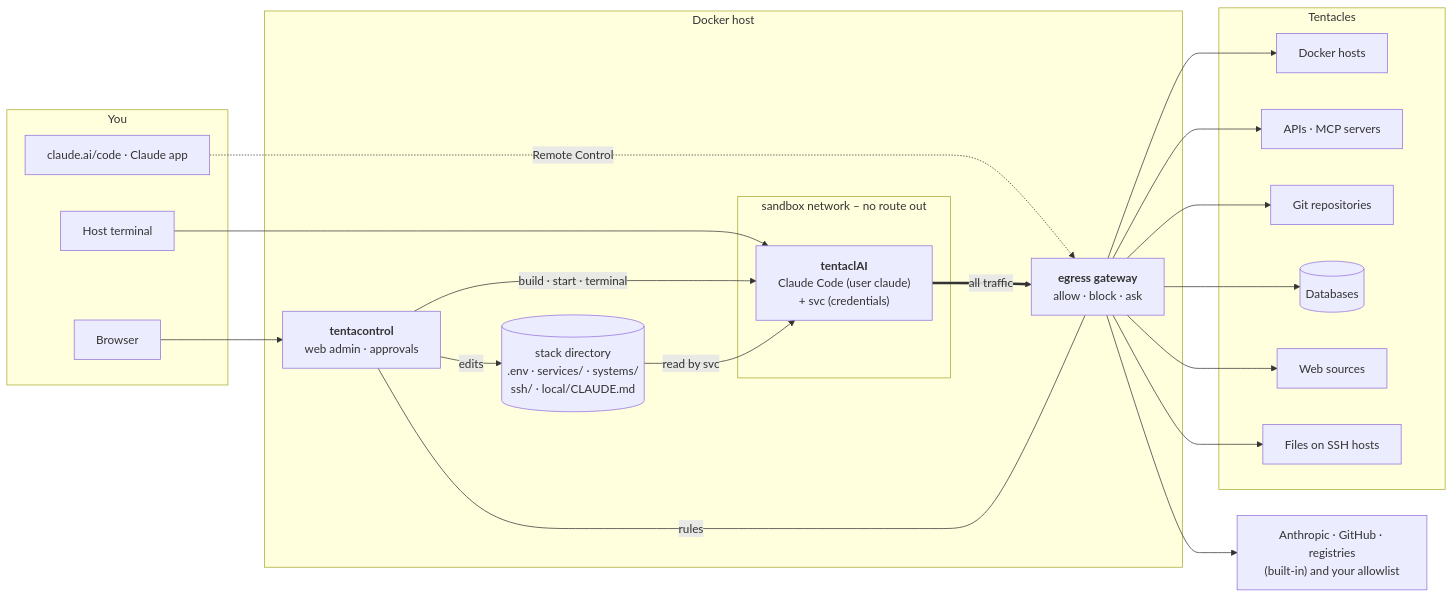
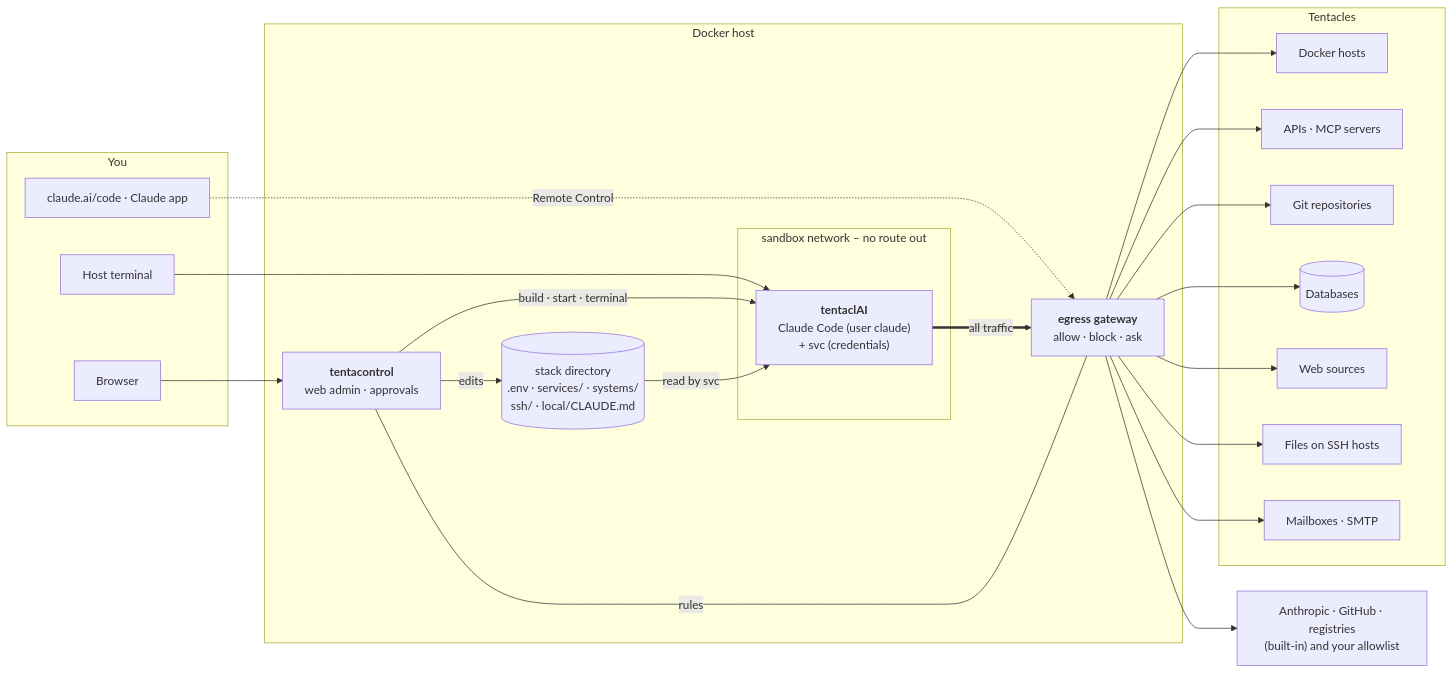
The diagram in README.md (bfs2021/tentaclAI), drawn with Mermaid before and after one commit. The commit also changed other lines of this file and 2 other files, not shown here.

First line of the commit message:
Docs: README and Help match the current state (mail, jobs, SSH-only docker, commands)

````diff
--- a/README.md
+++ b/README.md
@@ -48,35 +48,36 @@
 ```mermaid
 flowchart LR
   subgraph you["You"]
     browser["Browser"]
     app["claude.ai/code · Claude app"]
     term["Host terminal"]
   end
   subgraph host["Docker host"]
     control["<b>tentacontrol</b><br/>web admin · approvals"]
     files[("stack directory<br/>.env · services/ · systems/<br/>ssh/ · local/CLAUDE.md")]
     subgraph inner["sandbox network – no route out"]
       sandbox["<b>tentaclAI</b><br/>Claude Code (user claude)<br/>+ svc (credentials)"]
     end
     egress["<b>egress gateway</b><br/>allow · block · ask"]
   end
   subgraph tentacles["Tentacles"]
     docker["Docker hosts"]
     api["APIs · MCP servers"]
     git["Git repositories"]
     db[("Databases")]
     web["Web sources"]
     fs["Files on SSH hosts"]
+    mail["Mailboxes · SMTP"]
   end
   net["Anthropic · GitHub · registries<br/>(built-in) and your allowlist"]
   browser --> control
   app -. "Remote Control" .-> egress
   term --> sandbox
   control -- "build · start · terminal" --> sandbox
   control -- "edits" --> files
   files -- "read by svc" --> sandbox
   sandbox == "all traffic" ==> egress
   egress -- "rules" --- control
-  egress --> docker & api & git & db & web & fs
+  egress --> docker & api & git & db & web & fs & mail
   egress --> net
 ```
````
